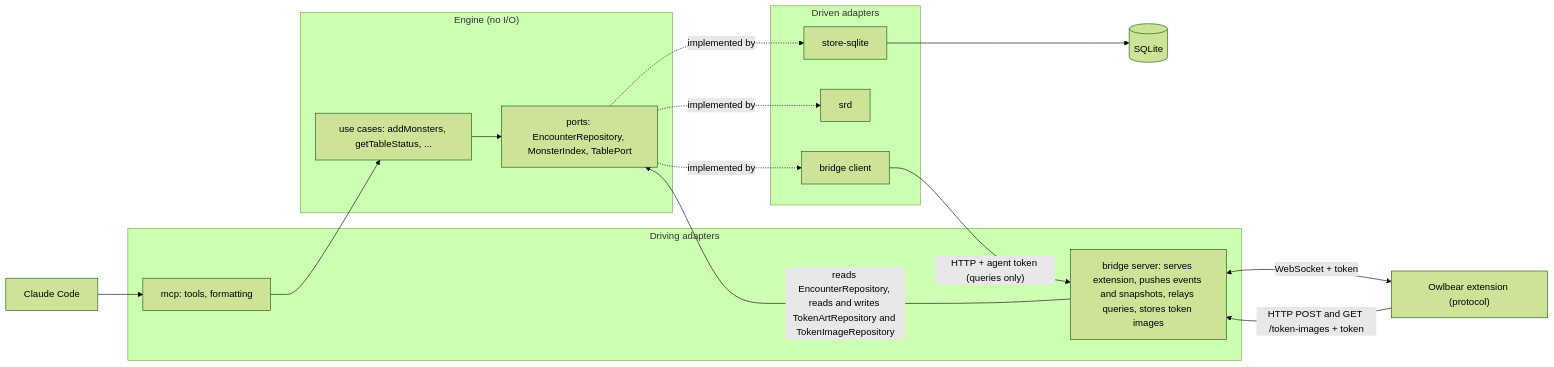
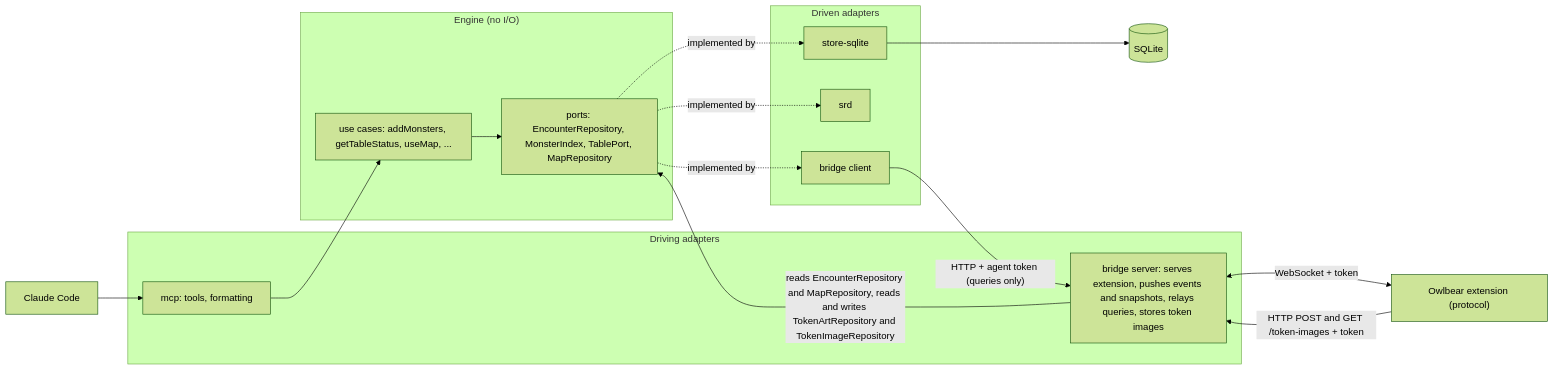
The first of 2 diagrams in docs/architecture.md (askrzypczak/ttrpg-agents), drawn with Mermaid (forest theme) before and after one commit. The commit also changed other lines of this file and 106 other files, not shown here.

````diff
--- a/docs/architecture.md
+++ b/docs/architecture.md
@@ -7,27 +7,27 @@
 ```mermaid
 flowchart LR
   claude["Claude Code"] --> mcp
   subgraph driving["Driving adapters"]
     mcp["mcp: tools, formatting"]
     bsrv["bridge server: serves extension, pushes events and snapshots, relays queries, stores token images"]
   end
   subgraph core["Engine (no I/O)"]
-    uc["use cases: addMonsters, getTableStatus, ..."]
-    ports["ports: EncounterRepository, MonsterIndex, TablePort"]
+    uc["use cases: addMonsters, getTableStatus, useMap, ..."]
+    ports["ports: EncounterRepository, MonsterIndex, TablePort, MapRepository"]
   end
   subgraph driven["Driven adapters"]
     store["store-sqlite"]
     srd["srd"]
     bclient["bridge client"]
   end
   mcp --> uc
-  bsrv -->|"reads EncounterRepository, reads and writes TokenArtRepository and TokenImageRepository"| ports
+  bsrv -->|"reads EncounterRepository and MapRepository, reads and writes TokenArtRepository and TokenImageRepository"| ports
   uc --> ports
   ports -.implemented by.-> store
   ports -.implemented by.-> srd
   ports -.implemented by.-> bclient
   store --> db[("SQLite")]
   bclient -->|"HTTP + agent token (queries only)"| bsrv
   bsrv <-->|"WebSocket + token"| ext["Owlbear extension (protocol)"]
   ext -->|"HTTP POST and GET /token-images + token"| bsrv
 ```
````
